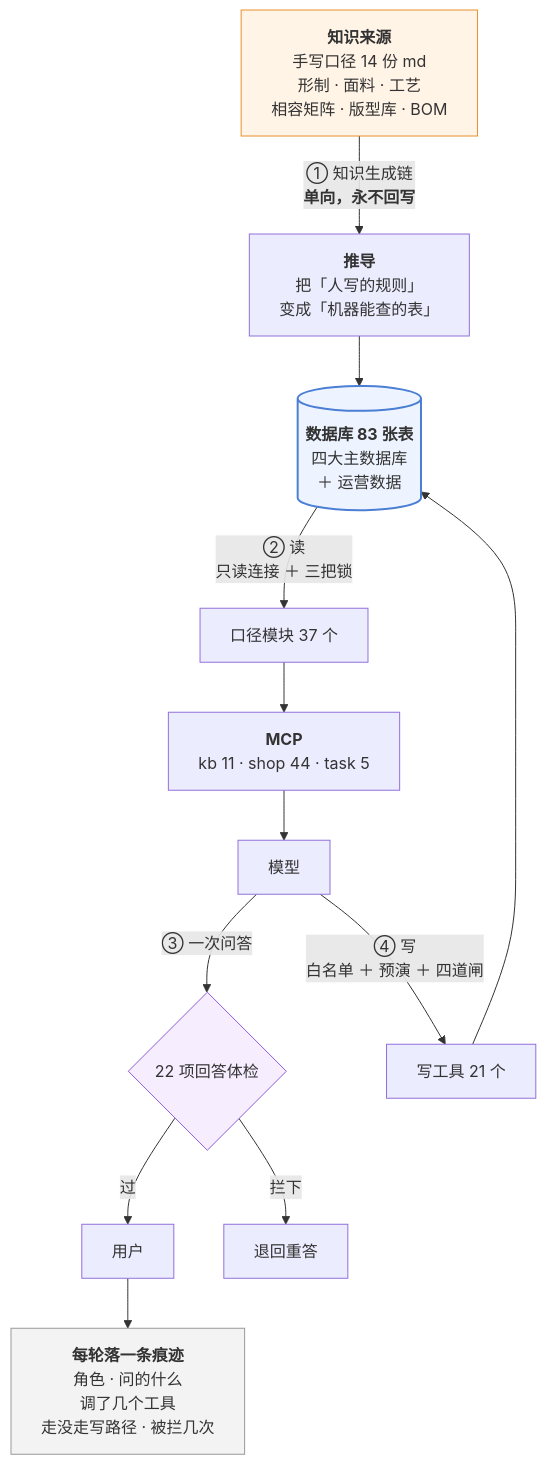
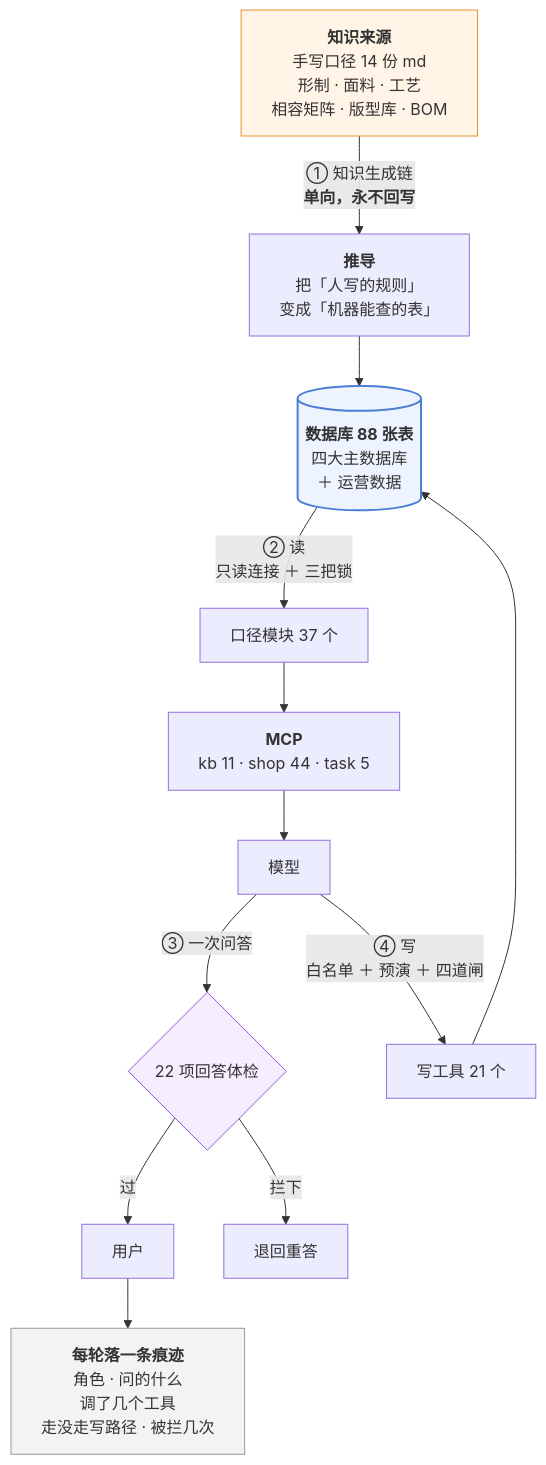
One commit to 843773296-rgb/lanxiu-yunshang-agent changed the third of 3 diagrams in 澜绣云裳agent-产品说明.md. Above: the diagram before and after it, drawn with Mermaid. The commit also changed other lines of this file and 9 other files, not shown here.

````diff
--- a/澜绣云裳agent-产品说明.md
+++ b/澜绣云裳agent-产品说明.md
@@ -843,24 +843,24 @@
 ```mermaid
 flowchart TD
     MD["<b>知识来源</b><br/>手写口径 14 份 md<br/>形制 · 面料 · 工艺<br/>相容矩阵 · 版型库 · BOM"]
     MD -->|"① 知识生成链<br/><b>单向，永不回写</b>"| DV["<b>推导</b><br/>把「人写的规则」<br/>变成「机器能查的表」"]
-    DV --> DB[("<b>数据库 83 张表</b><br/>四大主数据库<br/>＋ 运营数据")]
+    DV --> DB[("<b>数据库 88 张表</b><br/>四大主数据库<br/>＋ 运营数据")]
 
     DB -->|"② 读<br/>只读连接 ＋ 三把锁"| KJ["口径模块 37 个"]
     KJ --> MCP["<b>MCP</b><br/>kb 11 · shop 44 · task 5"]
     MCP --> LLM["模型"]
 
     LLM -->|"③ 一次问答"| GD{"22 项回答体检"}
     GD -- 过 --> U["用户"]
     GD -- 拦下 --> RE["退回重答"]
 
     LLM -->|"④ 写<br/>白名单 ＋ 预演 ＋ 四道闸"| W["写工具 21 个"]
     W --> DB
 
     U --> TR["<b>每轮落一条痕迹</b><br/>角色 · 问的什么<br/>调了几个工具<br/>走没走写路径 · 被拦几次"]
 
     style MD fill:#fff4e6,stroke:#e8912d
     style DB fill:#eef4ff,stroke:#4a7fd4,stroke-width:2px
     style GD fill:#f6eeff,stroke:#8b5cd6
     style TR fill:#f3f3f3,stroke:#999
 ```
````
